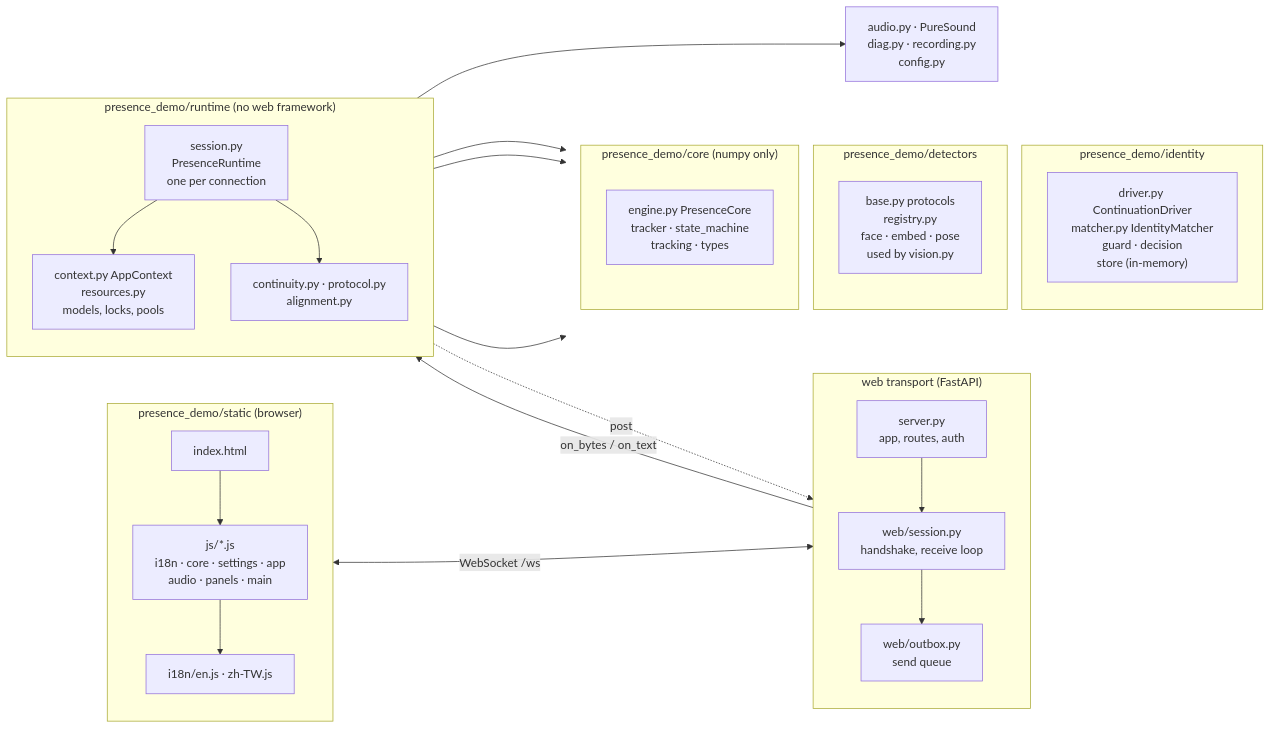
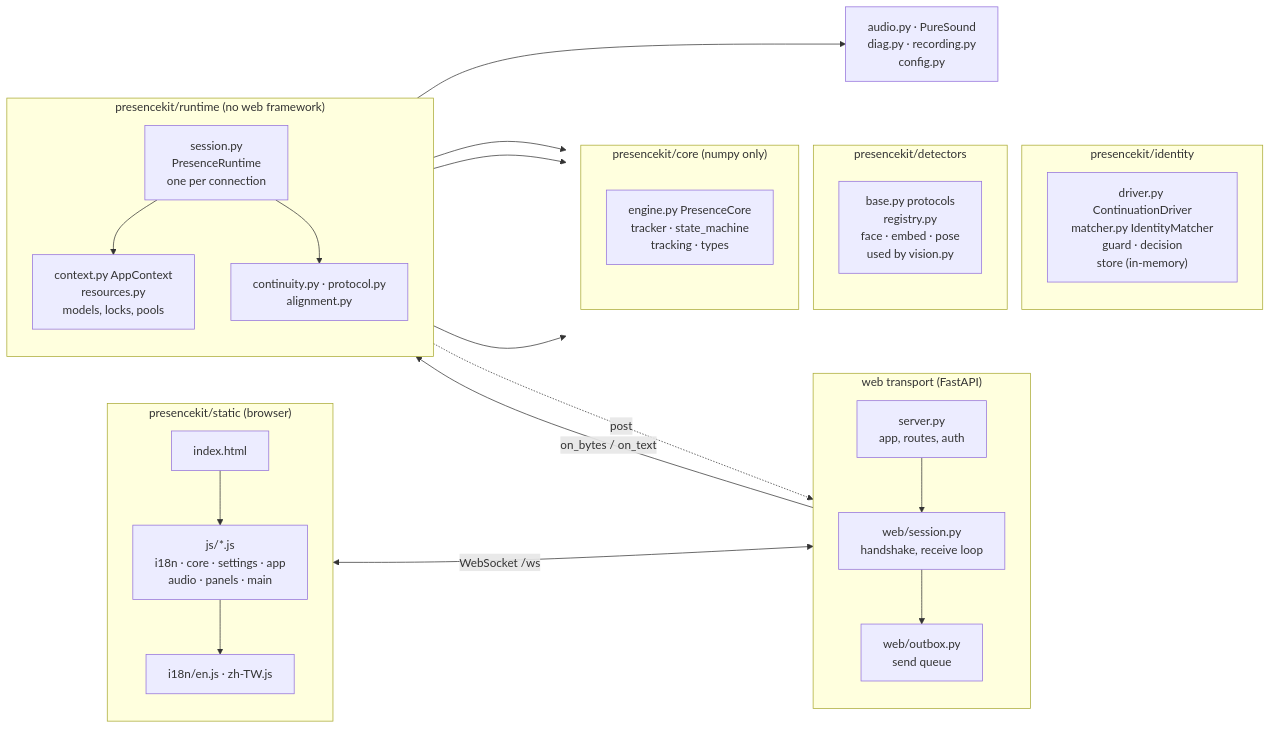
Before and after one commit to mcw519/presencekit: the diagram in docs/img/architecture.mmd, drawn with Mermaid. The commit also changed 230 other files, not shown here.

```diff
--- a/docs/img/architecture.mmd
+++ b/docs/img/architecture.mmd
@@ -1,39 +1,39 @@
 flowchart LR
-  subgraph static["presence_demo/static (browser)"]
+  subgraph static["presencekit/static (browser)"]
     direction TB
     HTML["index.html"] --> JS["js/*.js<br/>i18n · core · settings · app<br/>audio · panels · main"]
     JS --> I18N["i18n/en.js · zh-TW.js"]
   end
   subgraph web["web transport (FastAPI)"]
     direction TB
     SRV["server.py<br/>app, routes, auth"] --> SES["web/session.py<br/>handshake, receive loop"]
     SES --> OB["web/outbox.py<br/>send queue"]
   end
-  subgraph runtime["presence_demo/runtime (no web framework)"]
+  subgraph runtime["presencekit/runtime (no web framework)"]
     direction TB
     PR["session.py<br/>PresenceRuntime<br/>one per connection"]
     CTX["context.py AppContext<br/>resources.py<br/>models, locks, pools"]
     CONT["continuity.py · protocol.py<br/>alignment.py"]
   end
   subgraph lower[" "]
     direction TB
-    subgraph identity["presence_demo/identity"]
+    subgraph identity["presencekit/identity"]
       DRV["driver.py ContinuationDriver<br/>matcher.py IdentityMatcher<br/>guard · decision<br/>store (in-memory)"]
     end
-    subgraph detectors["presence_demo/detectors"]
+    subgraph detectors["presencekit/detectors"]
       DET["base.py protocols<br/>registry.py<br/>face · embed · pose<br/>used by vision.py"]
     end
-    subgraph core["presence_demo/core (numpy only)"]
+    subgraph core["presencekit/core (numpy only)"]
       ENG["engine.py PresenceCore<br/>tracker · state_machine<br/>tracking · types"]
     end
   end
   JS <-- "WebSocket /ws" --> SES
   SES -- "on_bytes / on_text" --> PR
   PR -. "post" .-> OB
   PR --> CTX
   PR --> CONT
   PR --> DRV
   CTX --> DET
   PR --> ENG
   PR --> AUD["audio.py · PureSound<br/>diag.py · recording.py<br/>config.py"]
   style lower fill:none,stroke:none
```
